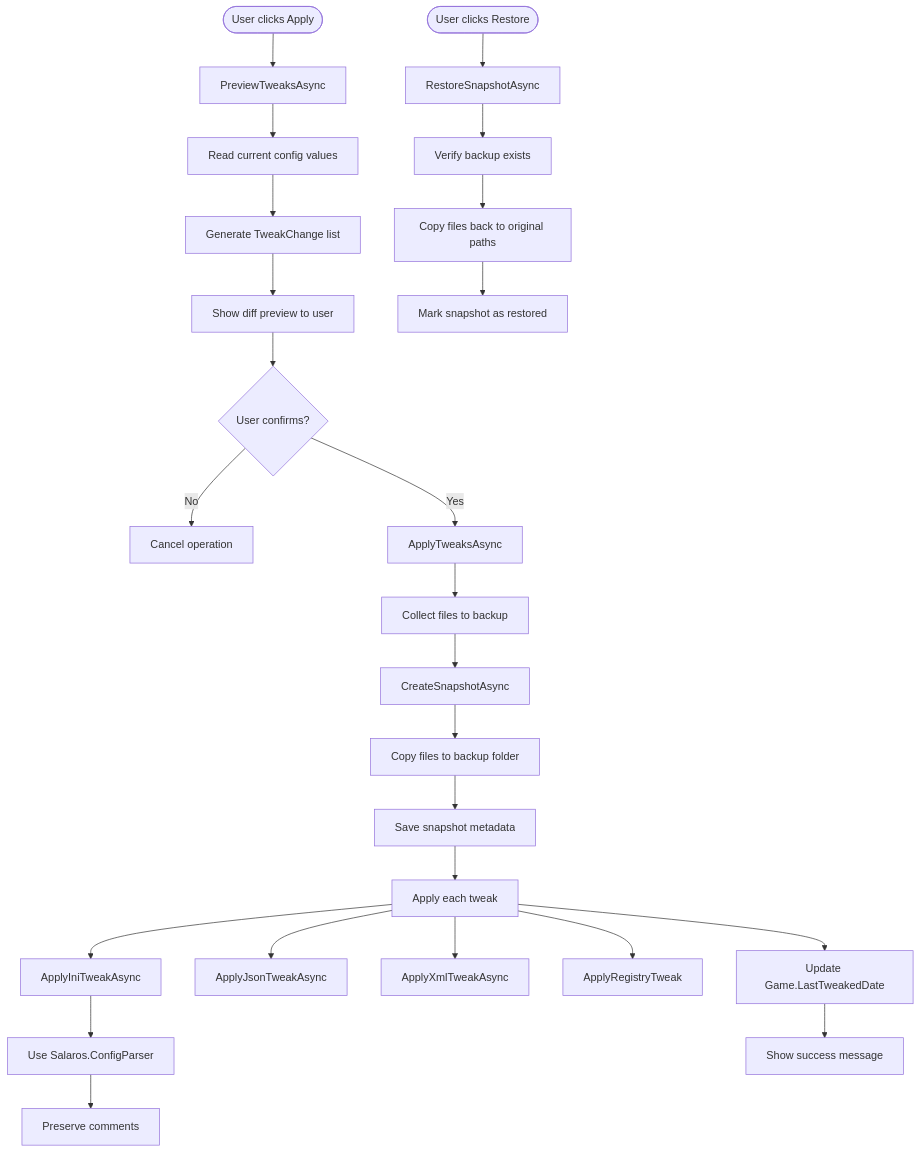
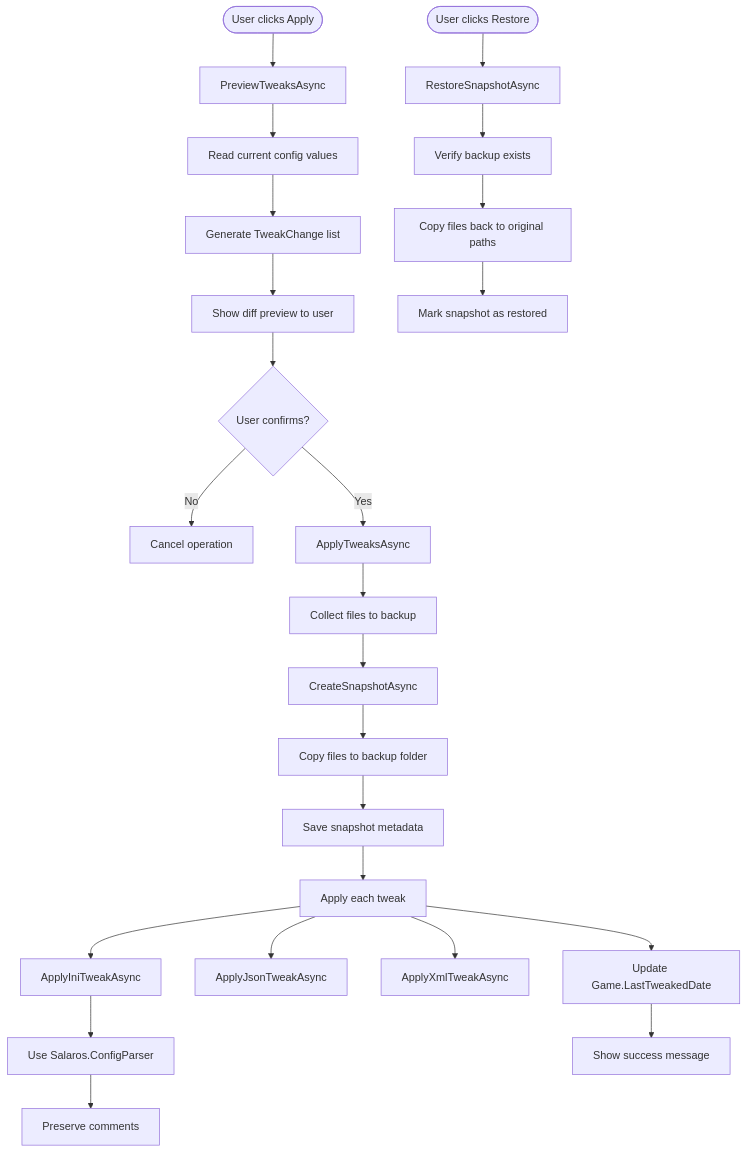
The diagram in docs/Features/TweakEngine.md (Zendevve/opentweak), drawn with Mermaid before and after one commit. The commit also changed other lines of this file and 2 other files, not shown here.

Commit message:
docs: update documentation to reflect actual registry behavior

````diff
--- a/docs/Features/TweakEngine.md
+++ b/docs/Features/TweakEngine.md
@@ -26,34 +28,33 @@
 ```mermaid
 flowchart TD
     Start([User clicks Apply]) --> Preview[PreviewTweaksAsync]
 
     Preview --> ReadFiles[Read current config values]
     ReadFiles --> GenerateDiff[Generate TweakChange list]
     GenerateDiff --> ShowDiff[Show diff preview to user]
 
     ShowDiff --> Confirm{User confirms?}
     Confirm -->|No| Cancel[Cancel operation]
     Confirm -->|Yes| Apply[ApplyTweaksAsync]
 
     Apply --> CollectFiles[Collect files to backup]
     CollectFiles --> CreateSnapshot[CreateSnapshotAsync]
     CreateSnapshot --> CopyFiles[Copy files to backup folder]
     CopyFiles --> SaveMetadata[Save snapshot metadata]
 
     SaveMetadata --> ApplyEach[Apply each tweak]
     ApplyEach --> Ini[ApplyIniTweakAsync]
     ApplyEach --> Json[ApplyJsonTweakAsync]
     ApplyEach --> Xml[ApplyXmlTweakAsync]
-    ApplyEach --> Reg[ApplyRegistryTweak]
 
     Ini --> UseParser[Use Salaros.ConfigParser]
     UseParser --> PreserveComments[Preserve comments]
 
     ApplyEach --> UpdateGame[Update Game.LastTweakedDate]
     UpdateGame --> Success[Show success message]
 
     RestoreStart([User clicks Restore]) --> Restore[RestoreSnapshotAsync]
     Restore --> VerifyBackup[Verify backup exists]
     VerifyBackup --> CopyBack[Copy files back to original paths]
     CopyBack --> MarkRestored[Mark snapshot as restored]
 ```
````
